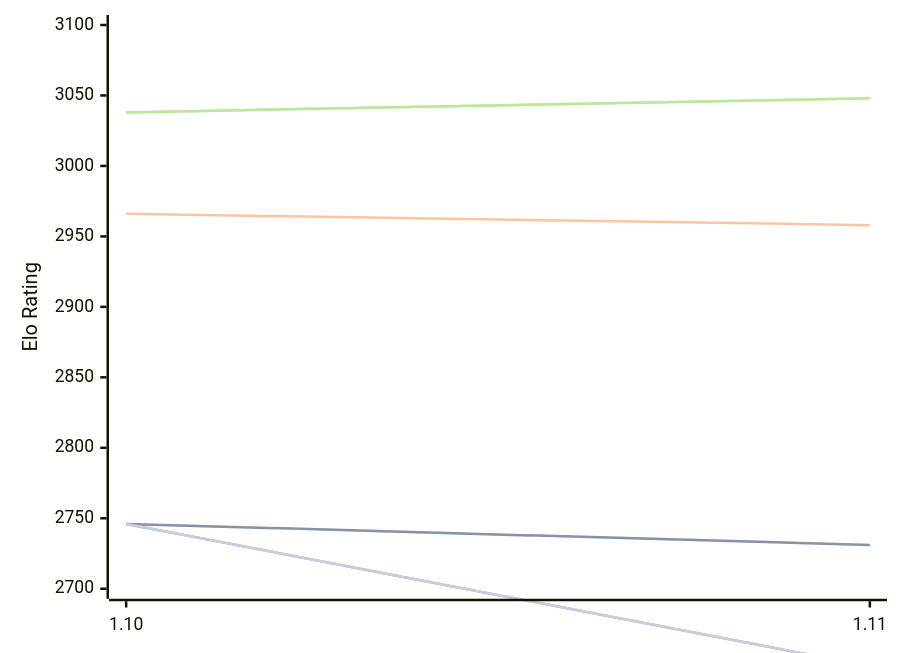
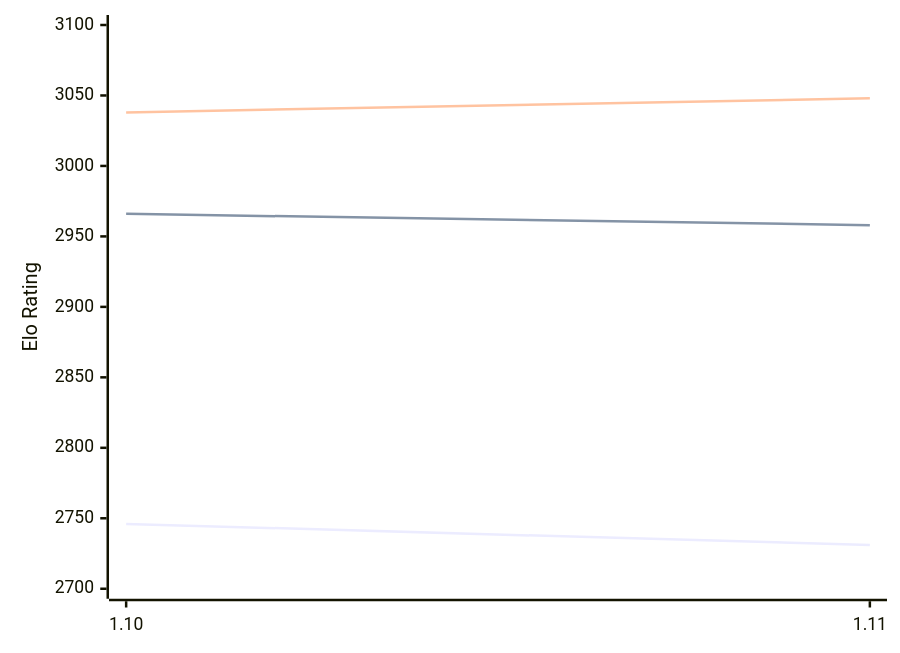
Before and after one commit to computer-chess-index/cci: the diagram in engines/Roc.md, drawn with Mermaid. The commit also changed other lines of this file, not shown here.

````diff
--- a/engines/Roc.md
+++ b/engines/Roc.md
@@ -48,13 +48,9 @@
 ```mermaid
 %%{init: {"theme":"base","themeVariables":{"seriesColors:['#a3a3a3','#222221','#faa371']}}}%%
 xychart-beta
   x-axis ["1.10", "1.11"]
   y-axis "Elo Rating" 2700 --> 3100
-  line "" [2746, 2731]
   line "T1: STC (8.0+0.08s)" [2746, 2731]
   line "T1: LTC (60.0+0.60s)" [2966, 2958]
-  line "" [3038, 3048]
   line "T1: VLTC (2m24s+1.12s)" [3038, 3048]
-  line "" [2746,2645]
-  line "E1: STC (8.0+0.08s)" [2746,2645]
 ```
````
